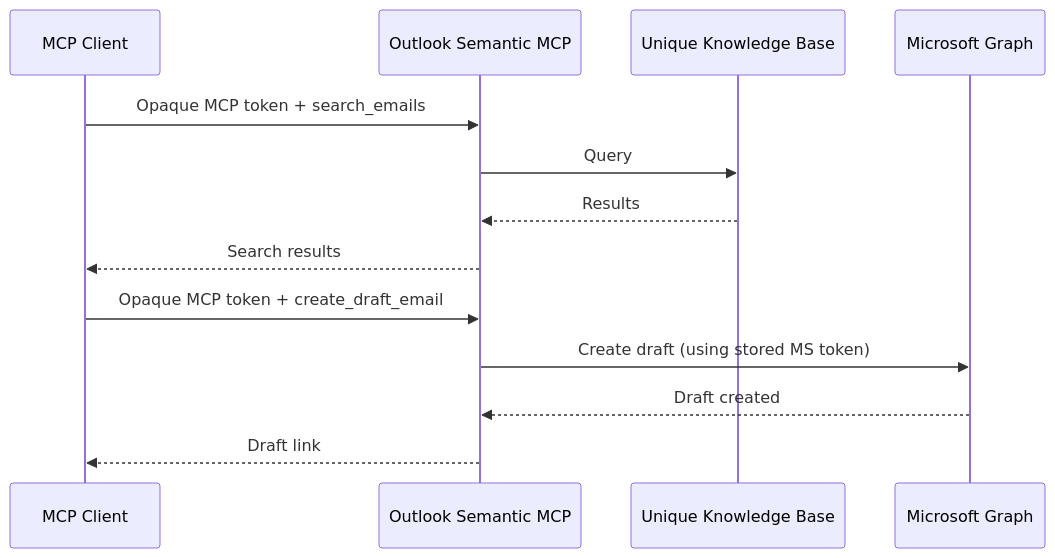
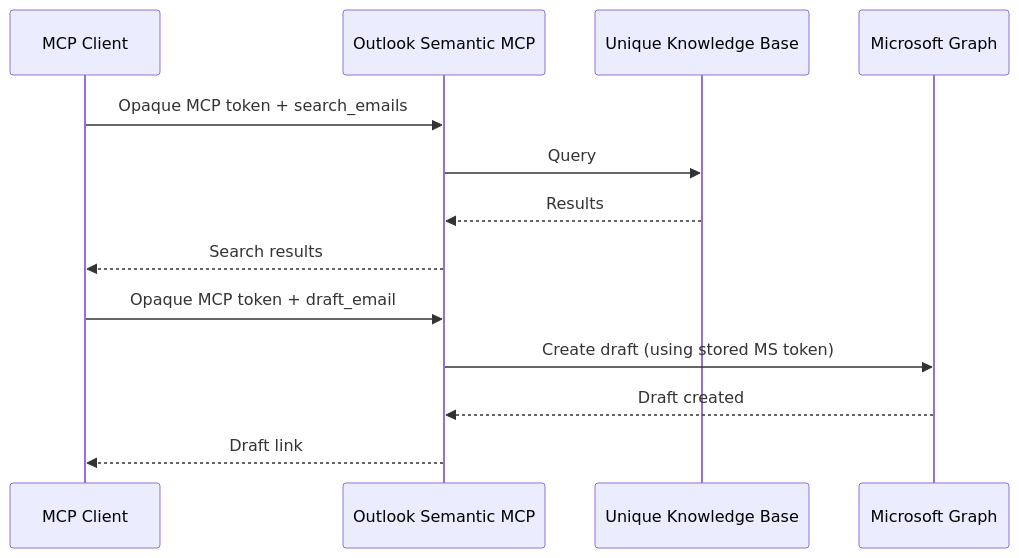
The second of 5 diagrams in services/outlook-semantic-mcp/docs/technical/security.md (Unique-AG/connectors), drawn with Mermaid before and after one commit. The commit also changed 17 other files, not shown here.

First line of the commit message:
fix(outlook-semantic-mcp): validate Graph ids and the mailbox before they enter a path and keep an applied edit from reporting as lost

````diff
--- a/services/outlook-semantic-mcp/docs/technical/security.md
+++ b/services/outlook-semantic-mcp/docs/technical/security.md
@@ -60,17 +60,17 @@
 ```mermaid
 sequenceDiagram
     participant Client as MCP Client
     participant Server as Outlook Semantic MCP
     participant KB as Unique Knowledge Base
     participant Graph as Microsoft Graph
 
     Client->>Server: Opaque MCP token + search_emails
     Server->>KB: Query
     KB-->>Server: Results
     Server-->>Client: Search results
 
-    Client->>Server: Opaque MCP token + create_draft_email
+    Client->>Server: Opaque MCP token + draft_email
     Server->>Graph: Create draft (using stored MS token)
     Graph-->>Server: Draft created
     Server-->>Client: Draft link
 ```
````
